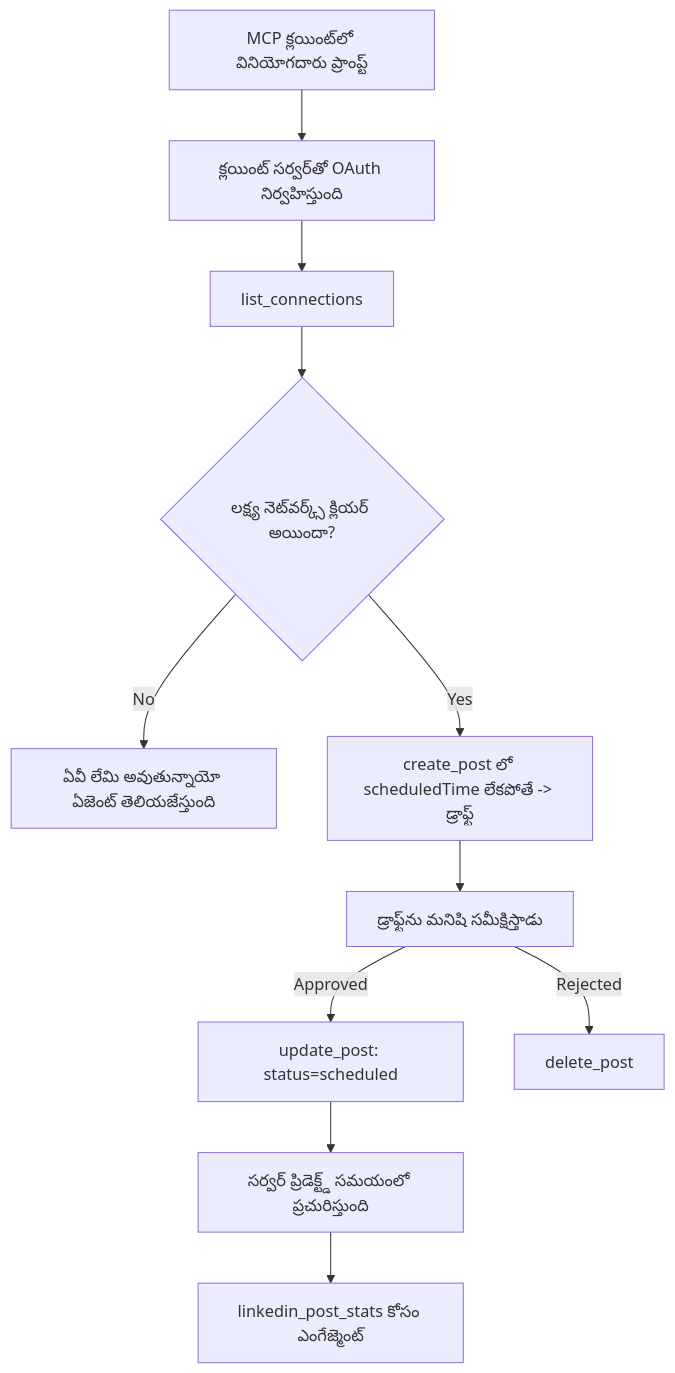
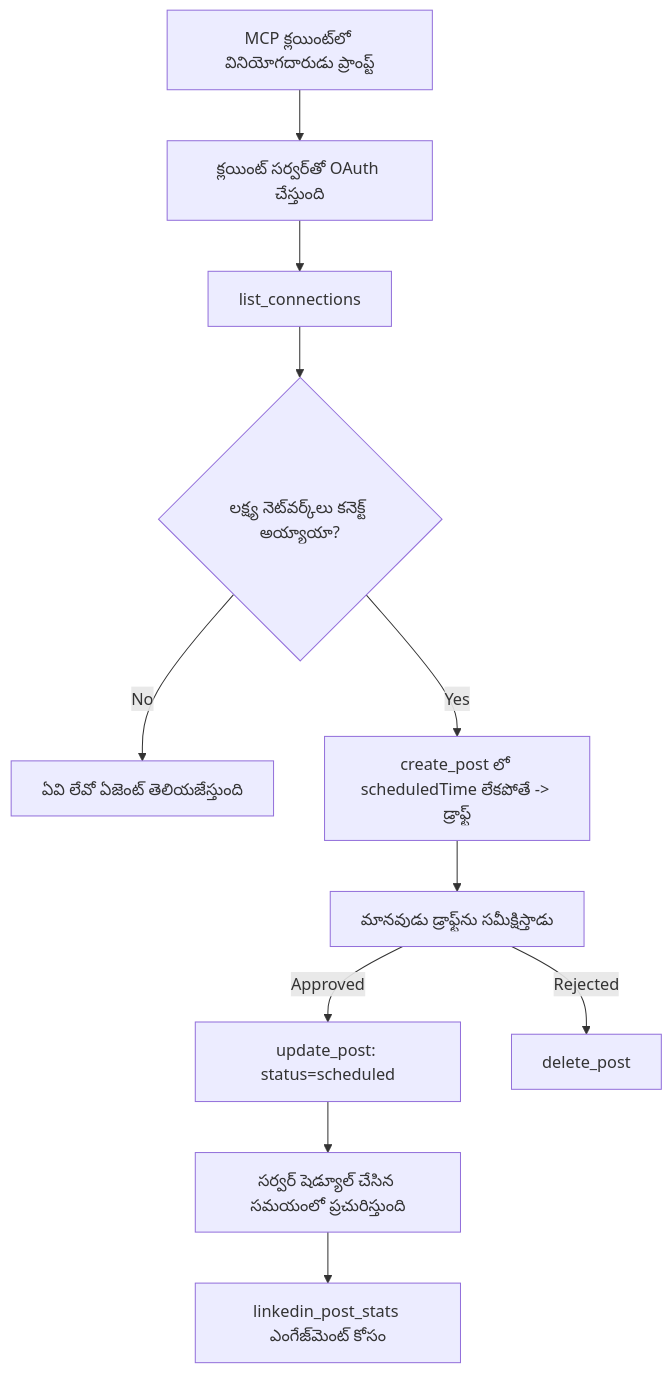
Before and after one commit to microsoft/mcp-for-beginners: the diagram in translations/te/09-CaseStudy/publora-social-publishing.md, drawn with Mermaid. The commit also changed other lines of this file and 112 other files, not shown here.

````diff
--- a/translations/te/09-CaseStudy/publora-social-publishing.md
+++ b/translations/te/09-CaseStudy/publora-social-publishing.md
@@ -47,13 +47,13 @@
 ```mermaid
 flowchart TD
-    A[MCP క్లయింట్‌లో వినియోగదారు ప్రాంప్ట్] --> B[క్లయింట్ సర్వర్‌తో OAuth నిర్వహిస్తుంది]
+    A[MCP క్లయింట్‌లో వినియోగదారుడు ప్రాంప్ట్] --> B[క్లయింట్ సర్వర్‌తో OAuth చేస్తుంది]
     B --> C[list_connections]
-    C --> D{లక్ష్య నెట్‌వర్క్స్ క్లియర్ అయిందా?}
-    D -- No --> E[ఏవీ లేమి అవుతున్నాయో ఏజెంట్ తెలియజేస్తుంది]
+    C --> D{లక్ష్య నెట్‌వర్క్‌లు కనెక్ట్ అయ్యాయా?}
+    D -- No --> E[ఏవి లేవో ఏజెంట్ తెలియజేస్తుంది]
     D -- Yes --> F[create_post లో scheduledTime లేకపోతే -> డ్రాఫ్ట్]
-    F --> G[డ్రాఫ్ట్‌ను మనిషి సమీక్షిస్తాడు]
+    F --> G[మానవుడు డ్రాఫ్ట్‌ను సమీక్షిస్తాడు]
     G -- Approved --> H[update_post: status=scheduled]
     G -- Rejected --> I[delete_post]
-    H --> J[సర్వర్ ప్రిడెక్ట్డ్ సమయంలో ప్రచురిస్తుంది]
-    J --> K[linkedin_post_stats కోసం ఎంగేజ్మెంట్]
+    H --> J[సర్వర్ షెడ్యూల్ చేసిన సమయంలో ప్రచురిస్తుంది]
+    J --> K[linkedin_post_stats ఎంగేజ్‌మెంట్ కోసం]
 ```
````
